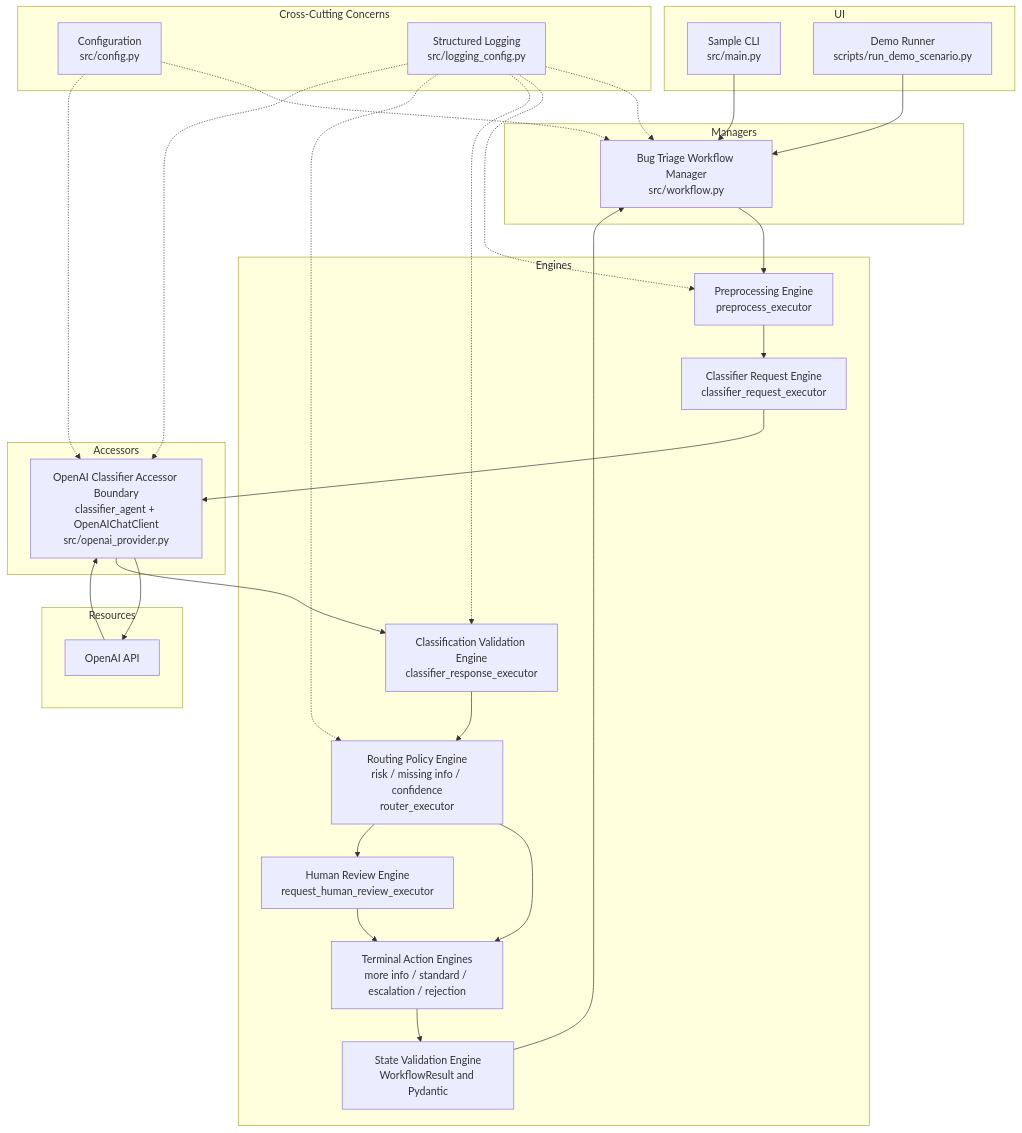
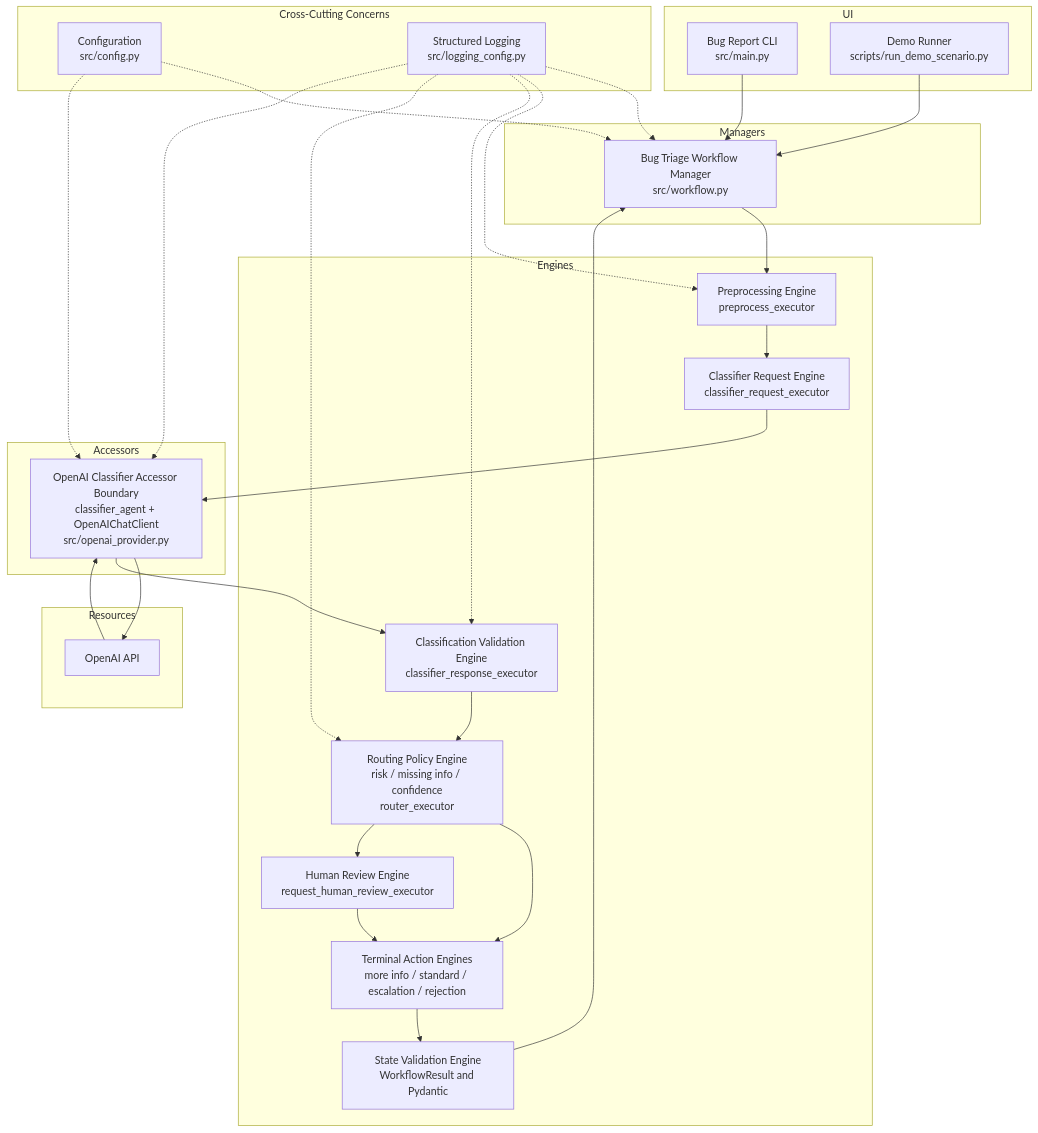
The first of 3 diagrams in README.md (acutedev/bug-triage-workflow-python), drawn with Mermaid before and after one commit. The commit also changed other lines of this file, not shown here.

````diff
--- a/README.md
+++ b/README.md
@@ -83,56 +49,56 @@
 ```mermaid
 flowchart TB
   subgraph UI["UI"]
-    main_cli["Sample CLI<br/>src/main.py"]
+    main_cli["Bug Report CLI<br/>src/main.py"]
     demo_cli["Demo Runner<br/>scripts/run_demo_scenario.py"]
   end
 
   subgraph Managers["Managers"]
     workflow_manager["Bug Triage Workflow Manager<br/>src/workflow.py"]
   end
 
   subgraph Engines["Engines"]
     preprocess_engine["Preprocessing Engine<br/>preprocess_executor"]
     classifier_request_engine["Classifier Request Engine<br/>classifier_request_executor"]
     classifier_response_engine["Classification Validation Engine<br/>classifier_response_executor"]
     routing_engine["Routing Policy Engine<br/>risk / missing info / confidence<br/>router_executor"]
     review_engine["Human Review Engine<br/>request_human_review_executor"]
     terminal_engines["Terminal Action Engines<br/>more info / standard / escalation / rejection"]
     state_engine["State Validation Engine<br/>WorkflowResult and Pydantic"]
   end
 
   subgraph Accessors["Accessors"]
     openai_accessor["OpenAI Classifier Accessor Boundary<br/>classifier_agent + OpenAIChatClient<br/>src/openai_provider.py"]
   end
 
   subgraph Resources["Resources"]
     openai_resource["OpenAI API"]
   end
 
   subgraph CrossCutting["Cross-Cutting Concerns"]
     configuration["Configuration<br/>src/config.py"]
     logging["Structured Logging<br/>src/logging_config.py"]
   end
 
   main_cli --> workflow_manager
   demo_cli --> workflow_manager
   workflow_manager --> preprocess_engine
   preprocess_engine --> classifier_request_engine
   classifier_request_engine --> openai_accessor
   openai_accessor --> openai_resource
   openai_resource --> openai_accessor
   openai_accessor --> classifier_response_engine
   classifier_response_engine --> routing_engine
   routing_engine --> terminal_engines
   routing_engine --> review_engine
   review_engine --> terminal_engines
   terminal_engines --> state_engine
   state_engine --> workflow_manager
   configuration -.-> workflow_manager
   configuration -.-> openai_accessor
   logging -.-> workflow_manager
   logging -.-> preprocess_engine
   logging -.-> classifier_response_engine
   logging -.-> routing_engine
   logging -.-> openai_accessor
 ```
````
